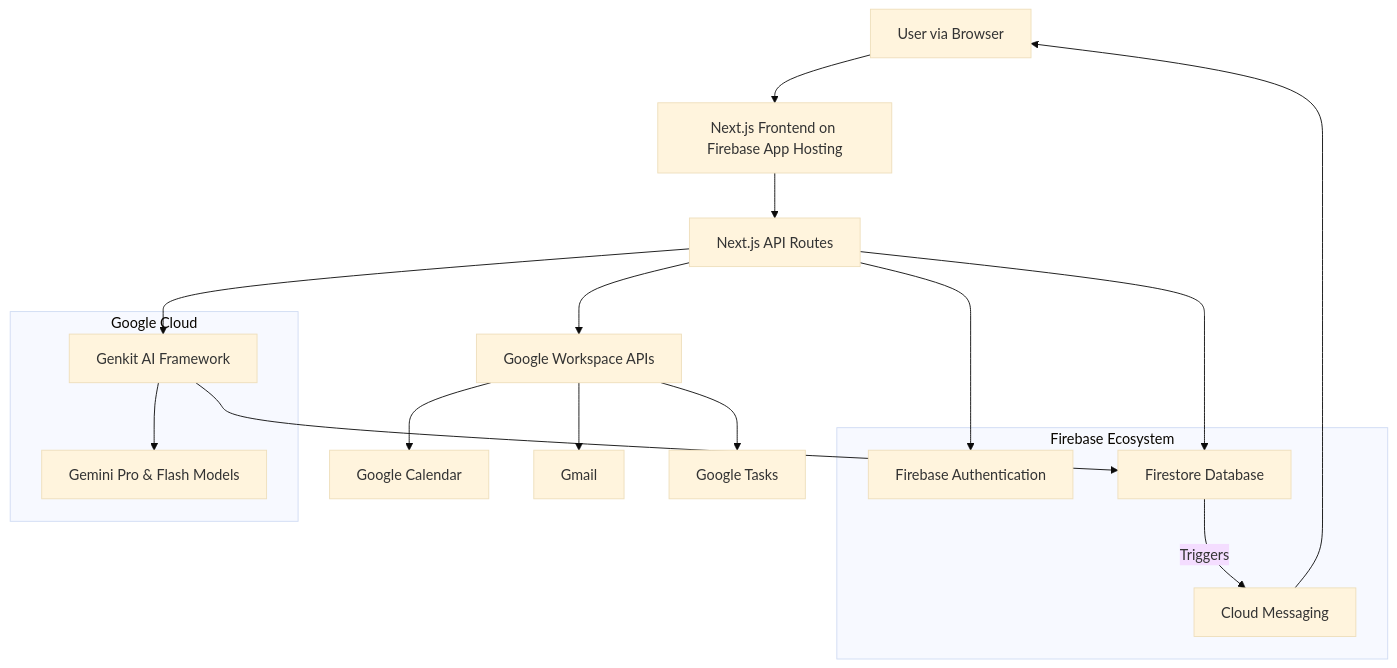
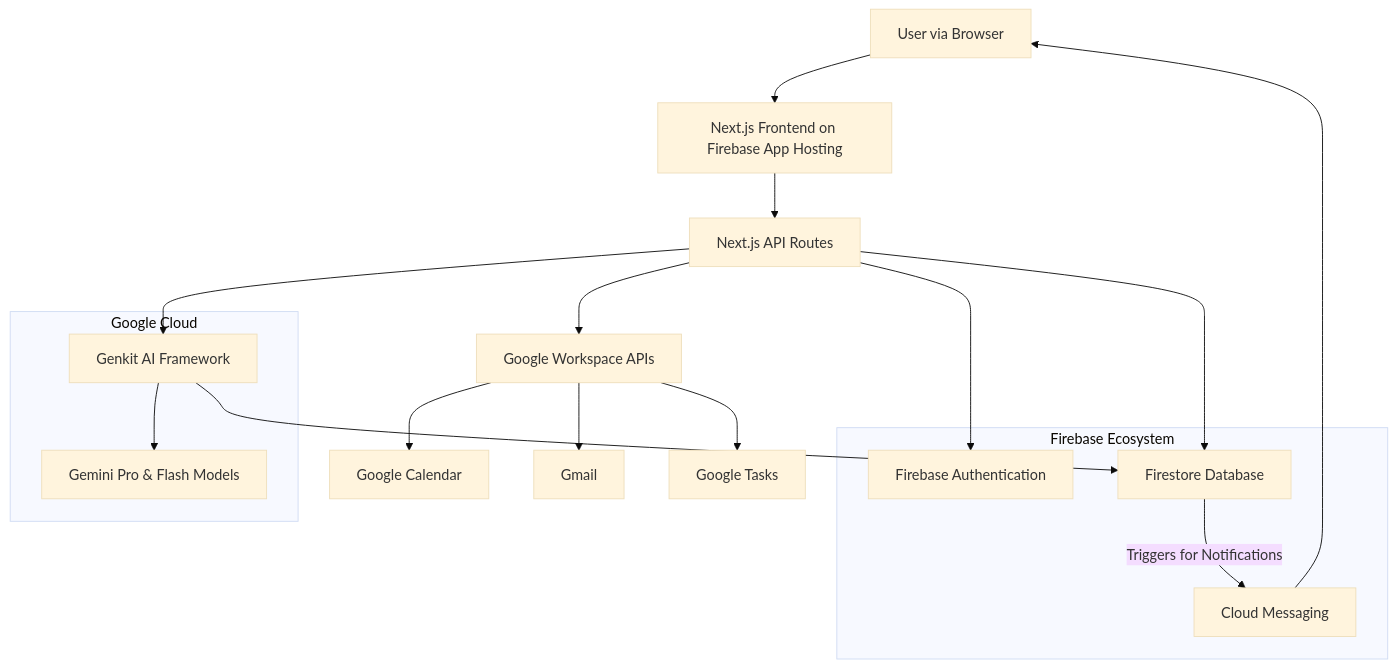
The second of 3 diagrams in Synopsis.md (AshishYesale7/Calander-Ai), drawn with Mermaid (base theme) before and after one commit. The commit also changed other lines of this file, not shown here.

````diff
--- a/Synopsis.md
+++ b/Synopsis.md
@@ -118,28 +125,28 @@
 ```mermaid
 graph TD
     User[User via Browser] --> Frontend[Next.js Frontend on Firebase App Hosting];
     
     subgraph "Firebase Ecosystem"
         Auth[Firebase Authentication]
         DB[Firestore Database]
         FCM[Cloud Messaging]
     end
 
     subgraph "Google Cloud"
         Genkit[Genkit AI Framework] --> Gemini[Gemini Pro & Flash Models]
     end
 
     Frontend --> API[Next.js API Routes];
     API --> Auth;
     API --> DB;
     API --> Genkit;
     
     API --> GoogleAPIs[Google Workspace APIs];
     GoogleAPIs --> GCal[Google Calendar];
     GoogleAPIs --> GMail[Gmail];
     GoogleAPIs --> GTasks[Google Tasks];
 
     Genkit --> DB;
-    DB -- Triggers --> FCM;
+    DB -- Triggers for Notifications --> FCM;
     FCM --> User;
 ```
````
